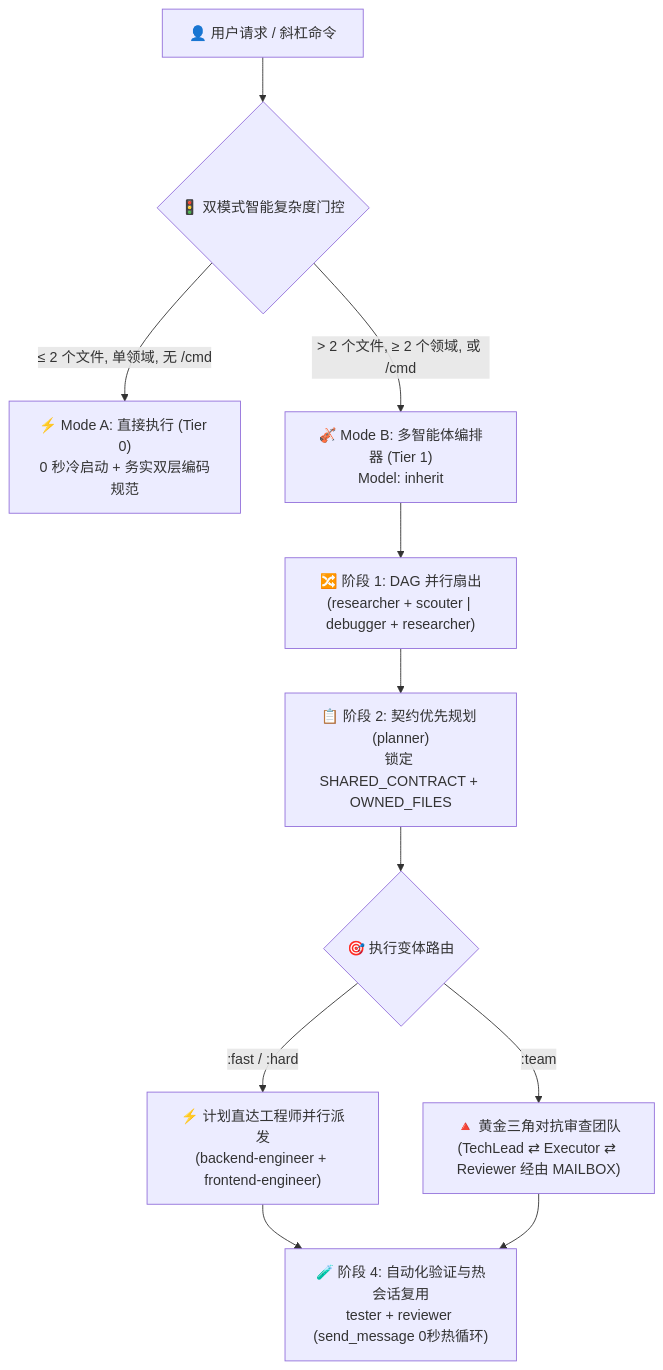
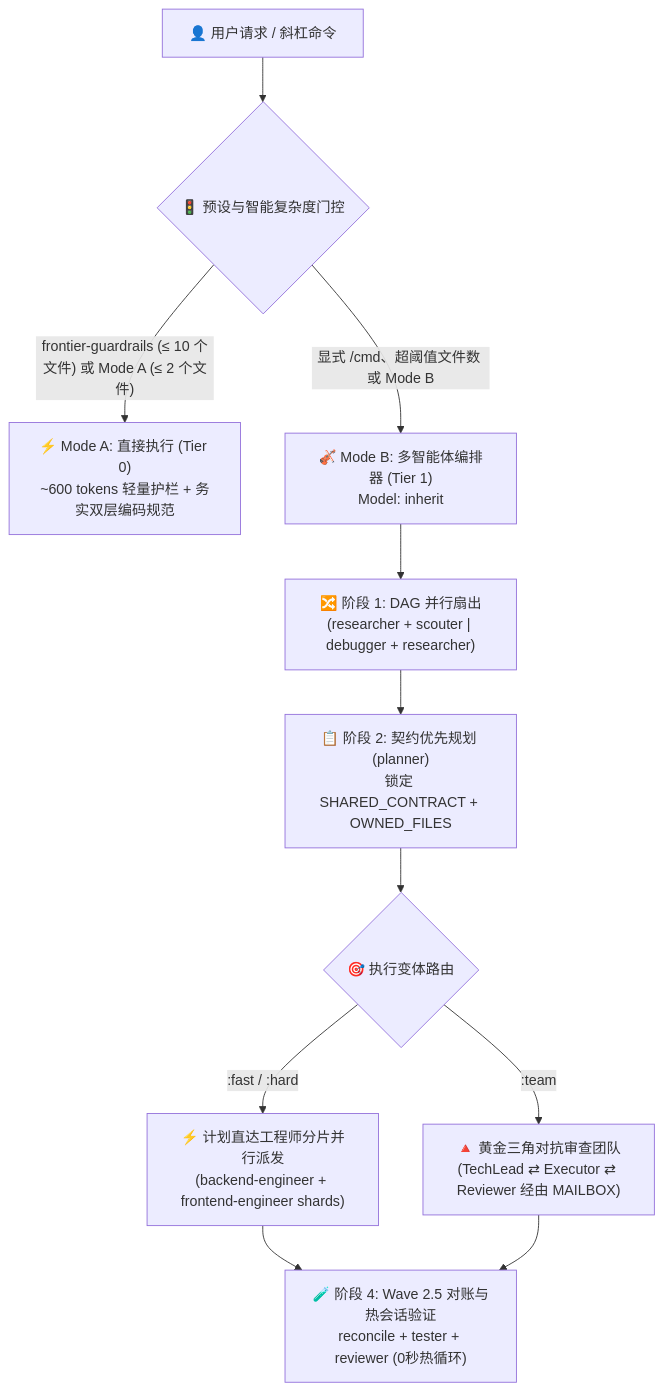
Before and after one commit to Kennyboom/BoomOpen-Workflow-Kit-Pro: the diagram in i18n/README.zh-CN.md, drawn with Mermaid. The commit also changed other lines of this file and 99 other files, not shown here.

````diff
--- a/i18n/README.zh-CN.md
+++ b/i18n/README.zh-CN.md
@@ -49,16 +58,16 @@
 ```mermaid
 flowchart TD
-    User["👤 用户请求 / 斜杠命令"] --> Gate{"🚦 双模式智能复杂度门控"}
-    Gate -->|"≤ 2 个文件, 单领域, 无 /cmd"| ModeA["⚡ Mode A: 直接执行 (Tier 0)<br/>0 秒冷启动 + 务实双层编码规范"]
-    Gate -->|"> 2 个文件, ≥ 2 个领域, 或 /cmd"| ModeB["🎻 Mode B: 多智能体编排器 (Tier 1)<br/>Model: inherit"]
+    User["👤 用户请求 / 斜杠命令"] --> Gate{"🚦 预设与智能复杂度门控"}
+    Gate -->|"frontier-guardrails (≤ 10 个文件) 或 Mode A (≤ 2 个文件)"| ModeA["⚡ Mode A: 直接执行 (Tier 0)<br/>~600 tokens 轻量护栏 + 务实双层编码规范"]
+    Gate -->|"显式 /cmd、超阈值文件数 或 Mode B"| ModeB["🎻 Mode B: 多智能体编排器 (Tier 1)<br/>Model: inherit"]
 
     ModeB --> FanOut["🔀 阶段 1: DAG 并行扇出<br/>(researcher + scouter | debugger + researcher)"]
     FanOut --> Plan["📋 阶段 2: 契约优先规划 (planner)<br/>锁定 SHARED_CONTRACT + OWNED_FILES"]
     Plan --> Dispatch{"🎯 执行变体路由"}
 
-    Dispatch -->|":fast / :hard"| Direct["⚡ 计划直达工程师并行派发<br/>(backend-engineer + frontend-engineer)"]
+    Dispatch -->|":fast / :hard"| Direct["⚡ 计划直达工程师分片并行派发<br/>(backend-engineer + frontend-engineer shards)"]
     Dispatch -->|":team"| Triangle["🔺 黄金三角对抗审查团队<br/>(TechLead ⇄ Executor ⇄ Reviewer 经由 MAILBOX)"]
 
-    Direct --> Verify["🧪 阶段 4: 自动化验证与热会话复用<br/>tester + reviewer (send_message 0秒热循环)"]
+    Direct --> Verify["🧪 阶段 4: Wave 2.5 对账与热会话验证<br/>reconcile + tester + reviewer (0秒热循环)"]
     Triangle --> Verify
 ```
````
